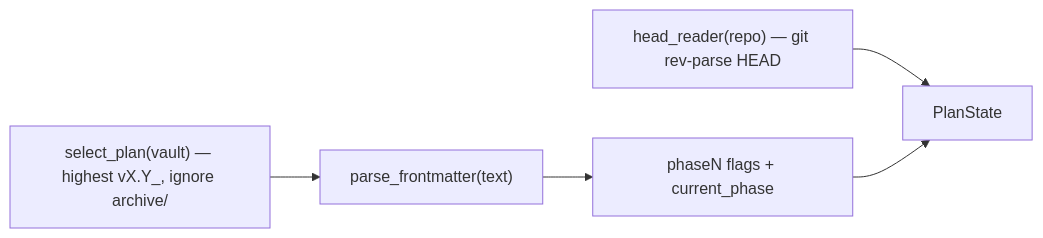
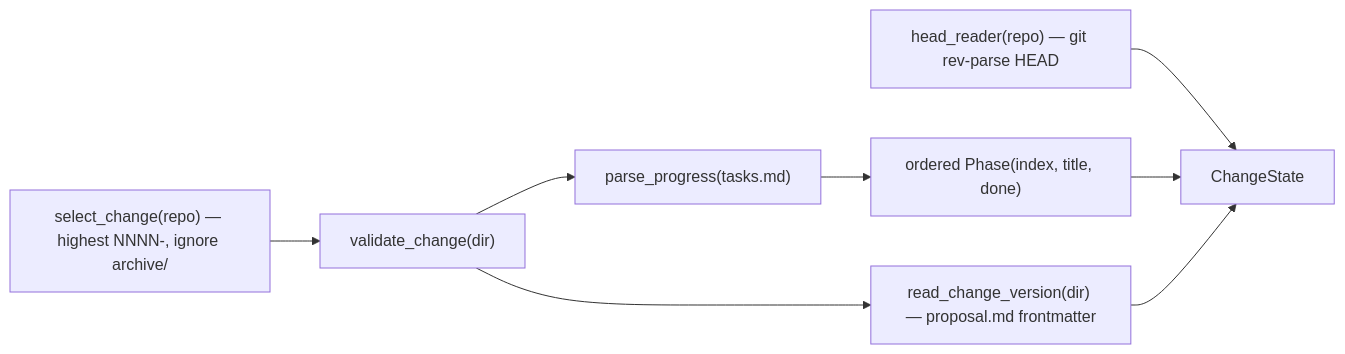
One commit to alxb1t/minionsfactory changed the diagram in docs/modules/state.md. Above: the diagram before and after it, drawn with Mermaid. The commit also changed other lines of this file and 8 other files, not shown here.

First line of the commit message:
refactor(state)!: delete the vault-plan path

````diff
--- a/docs/modules/state.md
+++ b/docs/modules/state.md
@@ -35,7 +38,10 @@
 ```mermaid
 flowchart LR
-    sp["select_plan(vault) — highest vX.Y_, ignore archive/"] --> pf["parse_frontmatter(text)"]
-    pf --> ph["phaseN flags + current_phase"]
-    rh["head_reader(repo) — git rev-parse HEAD"] --> ps["PlanState"]
-    ph --> ps
+    sc["select_change(repo) — highest NNNN-, ignore archive/"] --> vc["validate_change(dir)"]
+    vc --> ver["read_change_version(dir) — proposal.md frontmatter"]
+    vc --> pp["parse_progress(tasks.md)"]
+    pp --> ph["ordered Phase(index, title, done)"]
+    rh["head_reader(repo) — git rev-parse HEAD"] --> cs["ChangeState"]
+    ph --> cs
+    ver --> cs
 ```
````
